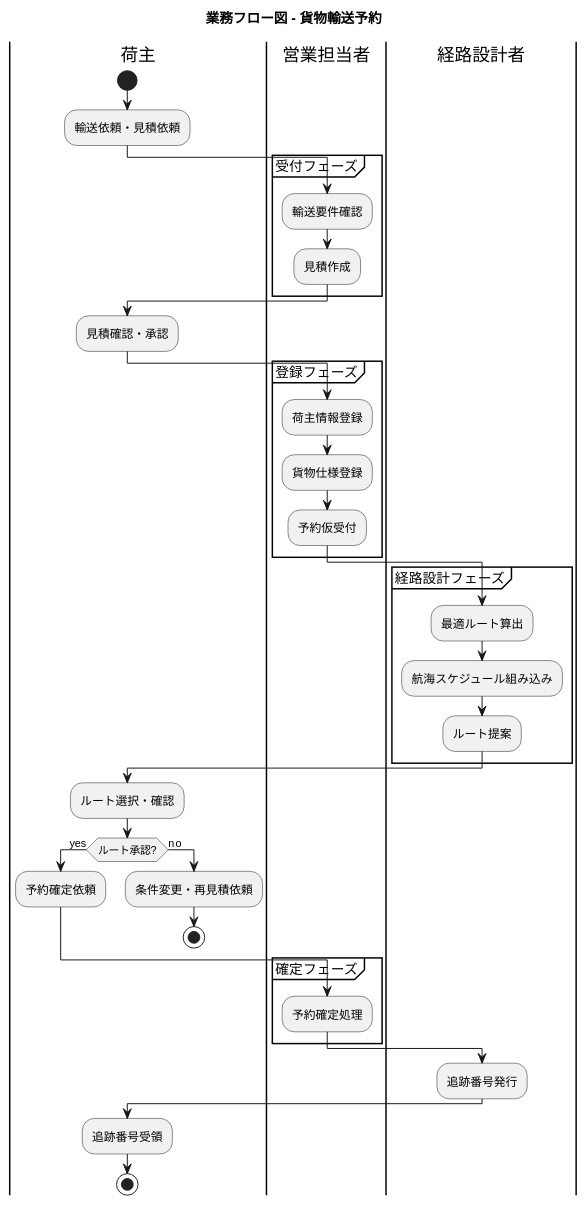
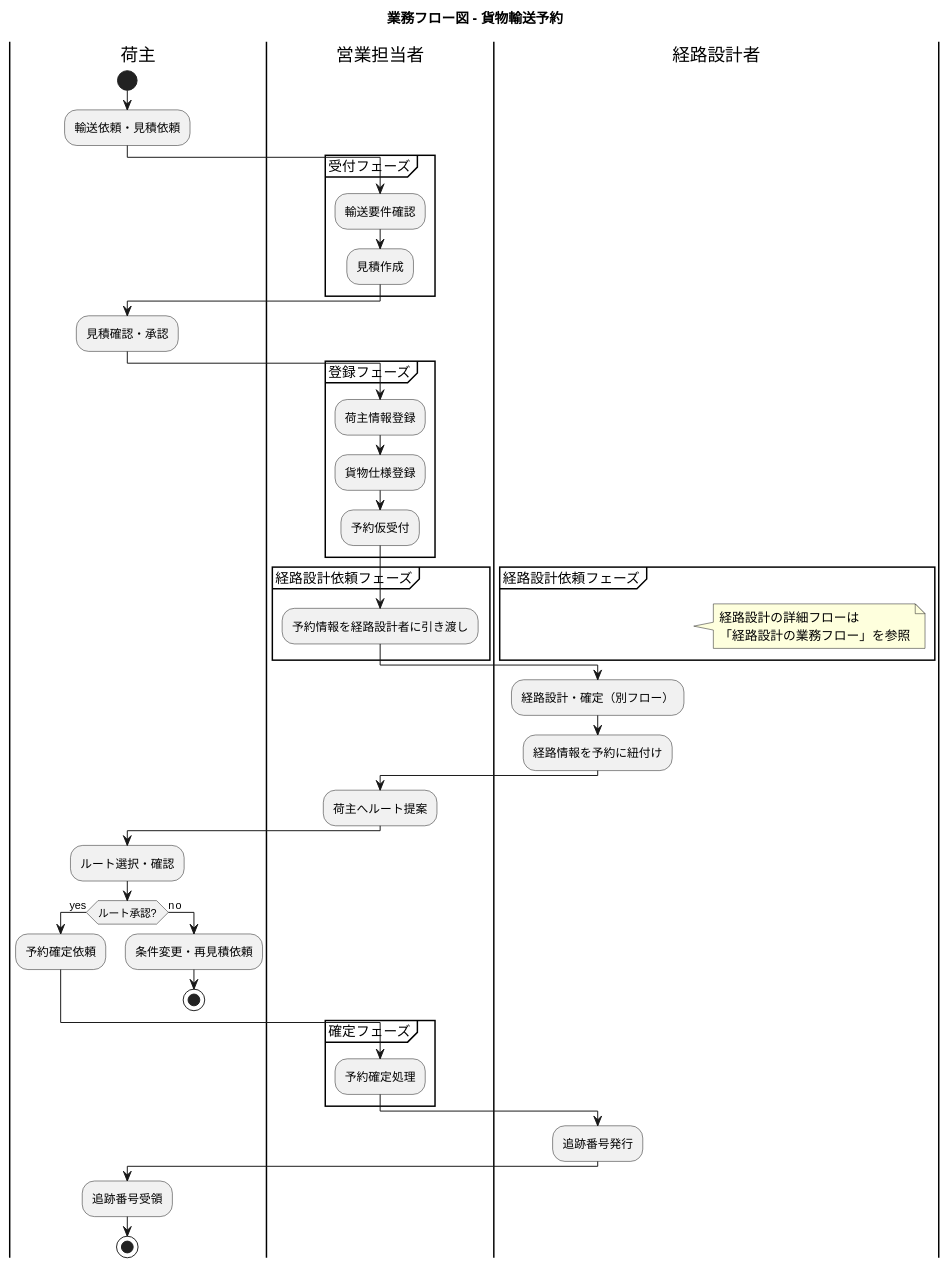
Before and after one commit to k2works/case-study-cargo-tracker: the eighth of 21 diagrams in docs/requirements/requirements_definition.md, drawn with PlantUML. The commit also changed other lines of this file and 3 other files, not shown here.

````diff
--- a/docs/requirements/requirements_definition.md
+++ b/docs/requirements/requirements_definition.md
@@ -344,55 +434,64 @@
 ```plantuml
 @startuml
 
 title 業務フロー図 - 貨物輸送予約
 
 |荷主|
 start
 :輸送依頼・見積依頼;
 
 |営業担当者|
 partition 受付フェーズ {
   :輸送要件確認;
   :見積作成;
 }
 
 |荷主|
 :見積確認・承認;
 
 |営業担当者|
 partition 登録フェーズ {
   :荷主情報登録;
   :貨物仕様登録;
   :予約仮受付;
 }
 
+|営業担当者|
+partition 経路設計依頼フェーズ {
+  :予約情報を経路設計者に引き渡し;
+}
+
 |経路設計者|
-partition 経路設計フェーズ {
-  :最適ルート算出;
-  :航海スケジュール組み込み;
-  :ルート提案;
-}
+note right
+  経路設計の詳細フローは
+  「経路設計の業務フロー」を参照
+end note
+:経路設計・確定（別フロー）;
+:経路情報を予約に紐付け;
+
+|営業担当者|
+:荷主へルート提案;
 
 |荷主|
 :ルート選択・確認;
 if (ルート承認?) then (yes)
   :予約確定依頼;
 else (no)
   :条件変更・再見積依頼;
   stop
 endif
 
 |営業担当者|
 partition 確定フェーズ {
   :予約確定処理;
 }
 
 |経路設計者|
 :追跡番号発行;
 
 |荷主|
 :追跡番号受領;
 stop
 
 @enduml
 ```
````
